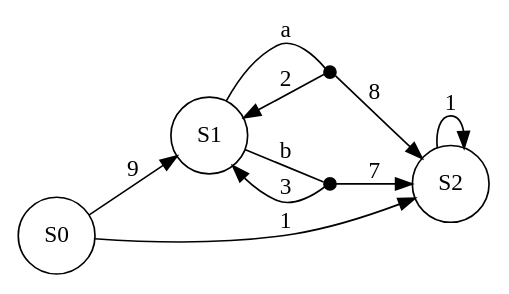
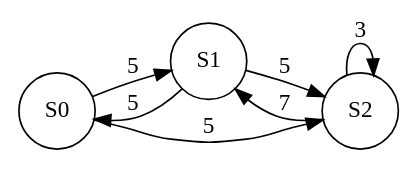
The diagram in Markov.gv (Leo2999/mpar-projet), drawn with Graphviz before and after one commit. The commit also changed 8 other files, not shown here.

```diff
--- a/Markov.gv
+++ b/Markov.gv
@@ -1,18 +1,13 @@
 digraph Markov {
 	rankdir=LR size="8,5"
 	node [shape=circle]
 	S0
 	S1
 	S2
-	S0 -> S1 [label=9]
-	S0 -> S2 [label=1]
-	S2 -> S2 [label=1]
-	S1_a_intermediate [color=black shape=point width=0.1]
-	S1 -> S1_a_intermediate [label=a arrowhead=none]
-	S1_a_intermediate -> S1 [label=2]
-	S1_a_intermediate -> S2 [label=8]
-	S1_b_intermediate [color=black shape=point width=0.1]
-	S1 -> S1_b_intermediate [label=b arrowhead=none]
-	S1_b_intermediate -> S2 [label=7]
-	S1_b_intermediate -> S1 [label=3]
+	S0 -> S1 [label=5]
+	S0 -> S2 [label=5]
+	S1 -> S0 [label=5]
+	S1 -> S2 [label=5]
+	S2 -> S2 [label=3]
+	S2 -> S1 [label=7]
 }
```
